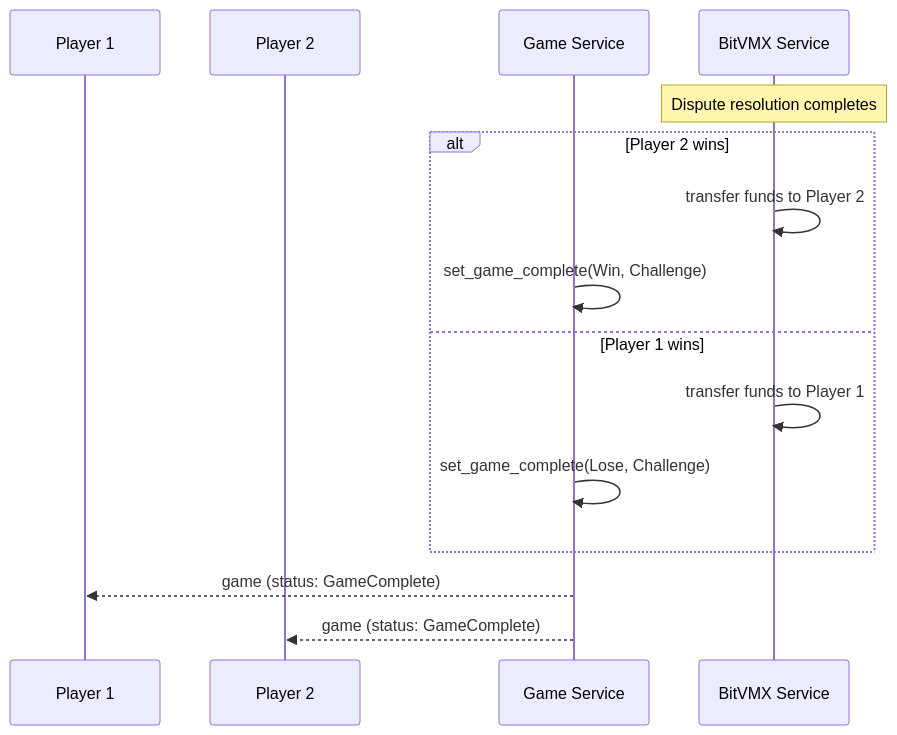
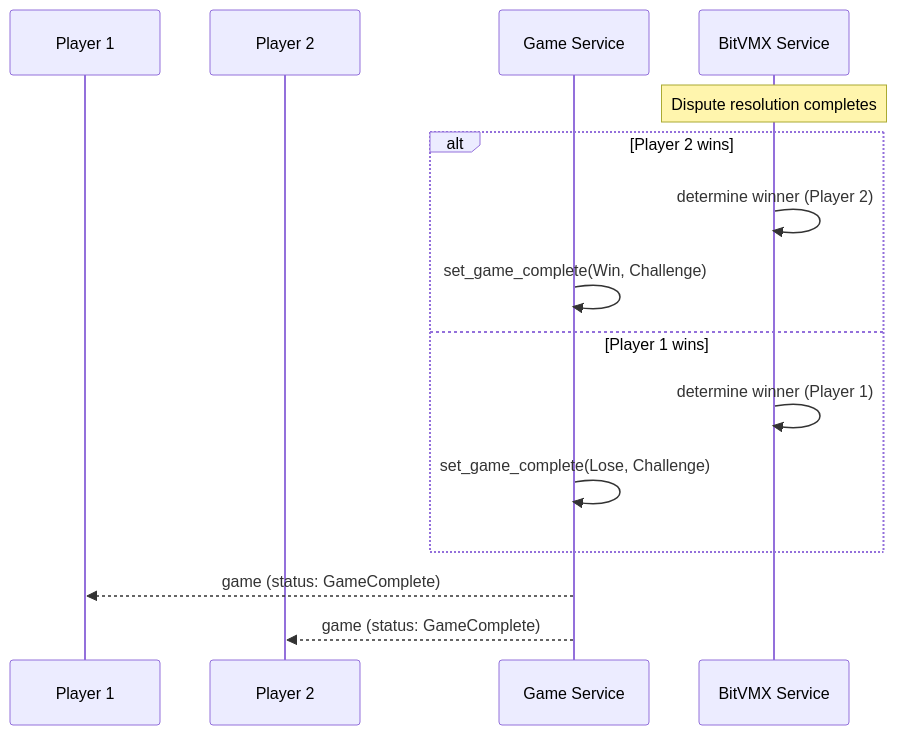
The seventh of 7 diagrams in GAME_FLOW.md (FairgateLabs/bitvmx-hackathon-games), drawn with Mermaid before and after one commit. The commit also changed other lines of this file and 4 other files, not shown here.

````diff
--- a/GAME_FLOW.md
+++ b/GAME_FLOW.md
@@ -268,20 +315,20 @@
 ```mermaid
 sequenceDiagram
     participant P1 as Player 1
     participant P2 as Player 2
     participant Game as Game Service
     participant BitVMX as BitVMX Service
     
     Note over BitVMX: Dispute resolution completes
     
     alt Player 2 wins
-        BitVMX->>BitVMX: transfer funds to Player 2
+        BitVMX->>BitVMX: determine winner (Player 2)
         Game->>Game: set_game_complete(Win, Challenge)
     else Player 1 wins
-        BitVMX->>BitVMX: transfer funds to Player 1
+        BitVMX->>BitVMX: determine winner (Player 1)
         Game->>Game: set_game_complete(Lose, Challenge)
     end
     
     Game-->>P1: game (status: GameComplete)
     Game-->>P2: game (status: GameComplete)
 ```
````
